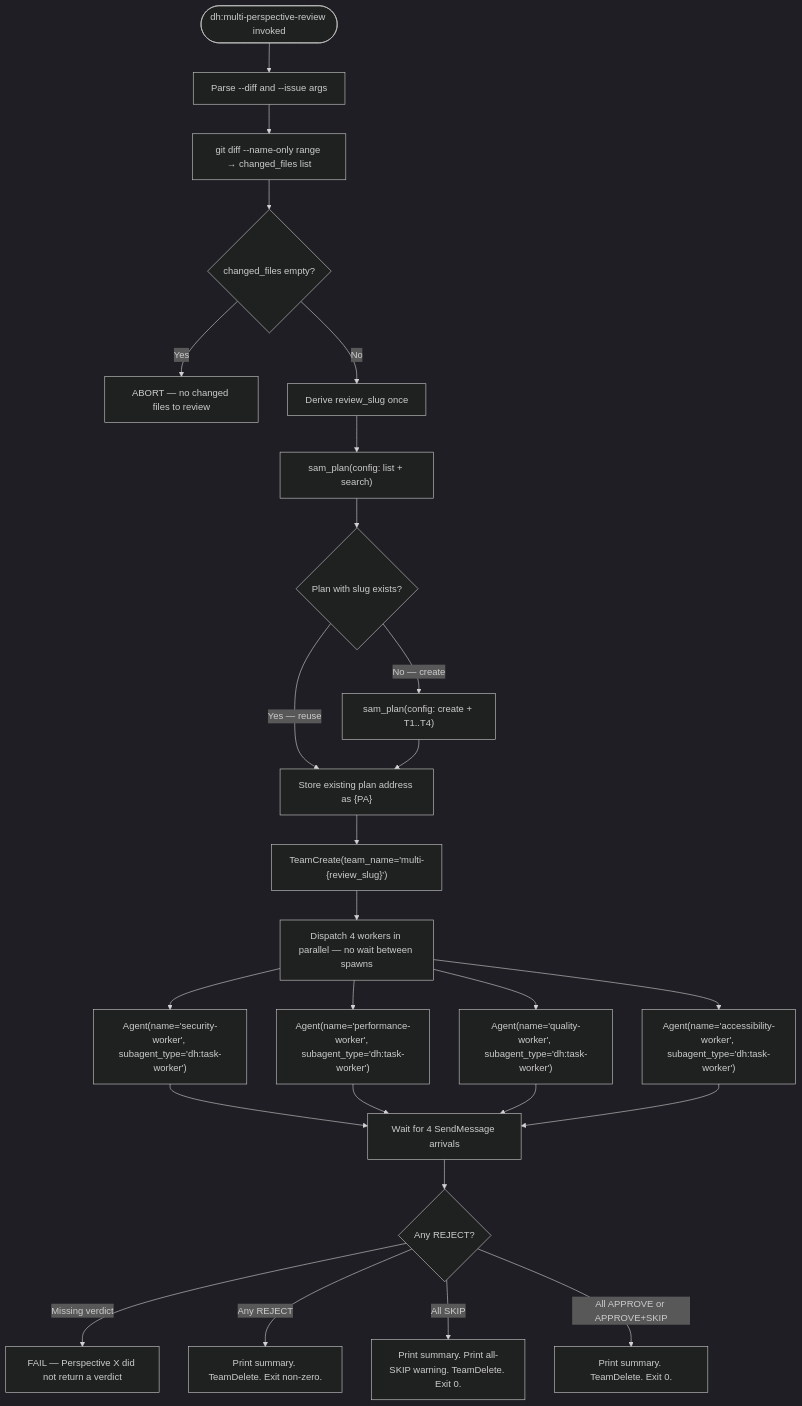
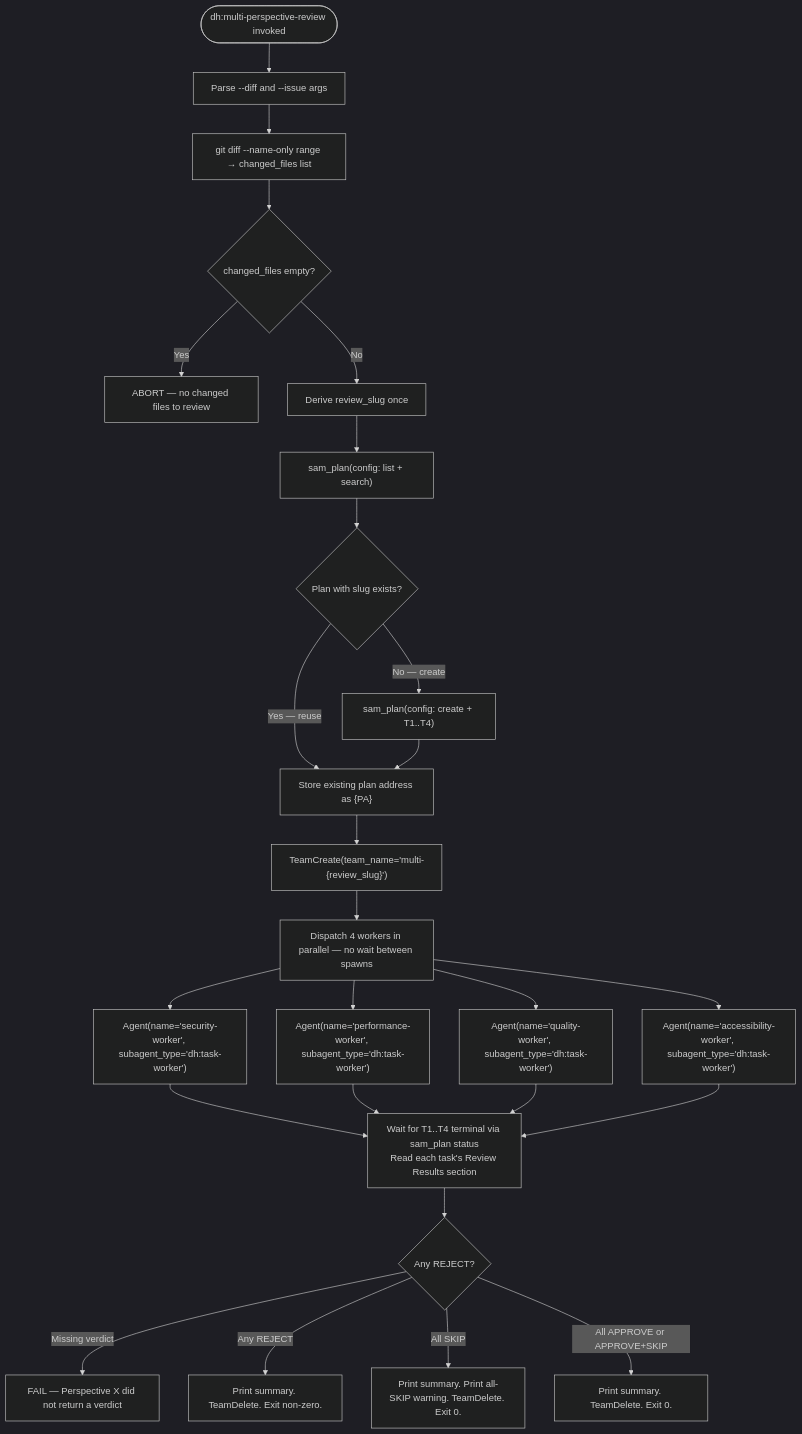
The diagram in plugins/development-harness/skills/multi-perspective-review/SKILL.md (Jamie-BitFlight/claude_skills), drawn with Mermaid (dark theme) before and after one commit. The commit also changed other lines of this file and 35 other files, not shown here.

````diff
--- a/plugins/development-harness/skills/multi-perspective-review/SKILL.md
+++ b/plugins/development-harness/skills/multi-perspective-review/SKILL.md
@@ -312,28 +324,28 @@
 ```mermaid
 flowchart TD
     Start([dh:multi-perspective-review invoked]) --> Parse[Parse --diff and --issue args]
     Parse --> Files["git diff --name-only range → changed_files list"]
     Files --> Empty{changed_files empty?}
     Empty -->|Yes| Abort[ABORT — no changed files to review]
     Empty -->|No| Slug[Derive review_slug once]
     Slug --> CheckPlan["sam_plan(config: list + search)"]
     CheckPlan --> PlanExists{Plan with slug exists?}
     PlanExists -->|Yes — reuse| PlanAddr["Store existing plan address as {PA}"]
     PlanExists -->|No — create| CreatePlan["sam_plan(config: create + T1..T4)"]
     CreatePlan --> PlanAddr
     PlanAddr --> Team["TeamCreate(team_name='multi-{review_slug}')"]
     Team --> Parallel[Dispatch 4 workers in parallel — no wait between spawns]
     Parallel --> W1["Agent(name='security-worker', subagent_type='dh:task-worker')"]
     Parallel --> W2["Agent(name='performance-worker', subagent_type='dh:task-worker')"]
     Parallel --> W3["Agent(name='quality-worker', subagent_type='dh:task-worker')"]
     Parallel --> W4["Agent(name='accessibility-worker', subagent_type='dh:task-worker')"]
-    W1 --> Collect[Wait for 4 SendMessage arrivals]
+    W1 --> Collect["Wait for T1..T4 terminal via sam_plan status<br>Read each task's Review Results section"]
     W2 --> Collect
     W3 --> Collect
     W4 --> Collect
     Collect --> Gate{Any REJECT?}
     Gate -->|Missing verdict| Fail[FAIL — Perspective X did not return a verdict]
     Gate -->|Any REJECT| Fail2[Print summary. TeamDelete. Exit non-zero.]
     Gate -->|All SKIP| Warn[Print summary. Print all-SKIP warning. TeamDelete. Exit 0.]
     Gate -->|All APPROVE or APPROVE+SKIP| Pass[Print summary. TeamDelete. Exit 0.]
 ```
````
